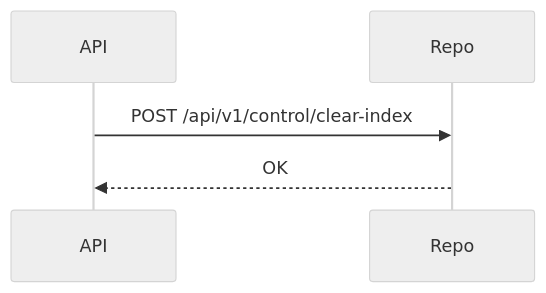
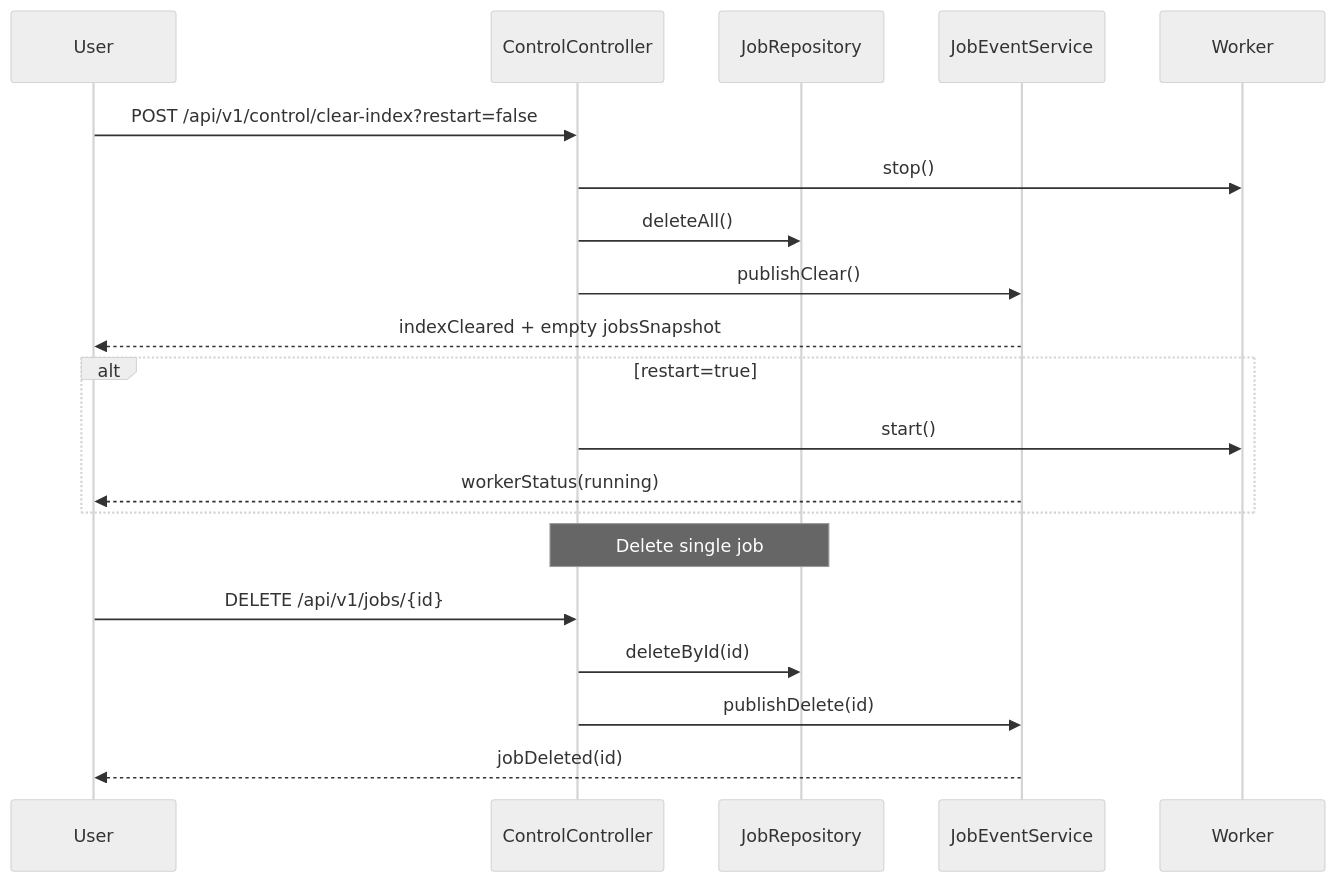
Before and after one commit to martinrevert/AACKiller: the fifth of 5 diagrams in README.md, drawn with Mermaid (neutral theme). The commit also changed other lines of this file, not shown here.

Commit message:
update README  with Mermaid flowchart and enhance sequence diagrams

````diff
--- a/README.md
+++ b/README.md
@@ -96,7 +170,24 @@
 ```mermaid
 sequenceDiagram
-	participant API
-	participant Repo
-	API->>Repo: POST /api/v1/control/clear-index
-	Repo-->>API: OK
+	participant User
+	participant API as ControlController
+	participant Repo as JobRepository
+	participant Events as JobEventService
+
+	User->>API: POST /api/v1/control/clear-index?restart=false
+	API->>Worker: stop()
+	API->>Repo: deleteAll()
+	API->>Events: publishClear()
+	Events-->>User: indexCleared + empty jobsSnapshot
+
+	alt restart=true
+		API->>Worker: start()
+		Events-->>User: workerStatus(running)
+	end
+
+	Note over API,Repo: Delete single job
+	User->>API: DELETE /api/v1/jobs/{id}
+	API->>Repo: deleteById(id)
+	API->>Events: publishDelete(id)
+	Events-->>User: jobDeleted(id)
 ```
````
